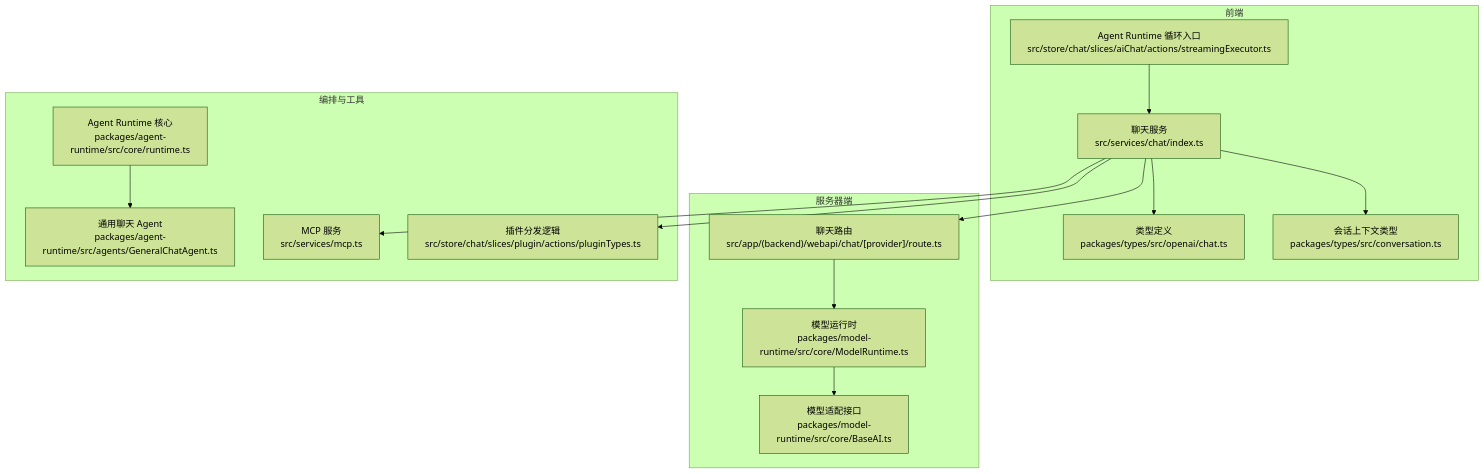
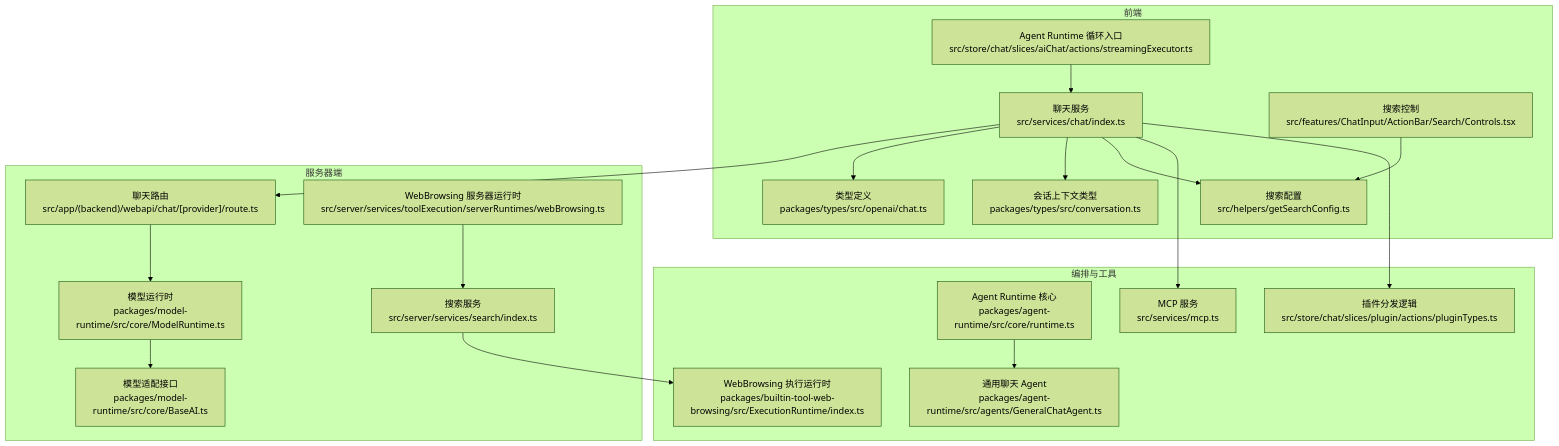
The first of 10 diagrams in .qoder/repowiki/zh/content/API 接口文档/REST API 设计/聊天 API.md (AvatoLabs/avato), drawn with Mermaid (forest theme) before and after one commit. The commit also changed other lines of this file and 158 other files, not shown here.

````diff
--- a/.qoder/repowiki/zh/content/API 接口文档/REST API 设计/聊天 API.md
+++ b/.qoder/repowiki/zh/content/API 接口文档/REST API 设计/聊天 API.md
@@ -54,29 +76,38 @@
 ```mermaid
 graph TB
 subgraph "前端"
 A["聊天服务<br/>src/services/chat/index.ts"]
 B["类型定义<br/>packages/types/src/openai/chat.ts"]
 C["会话上下文类型<br/>packages/types/src/conversation.ts"]
 D["Agent Runtime 循环入口<br/>src/store/chat/slices/aiChat/actions/streamingExecutor.ts"]
+E["搜索配置<br/>src/helpers/getSearchConfig.ts"]
+F["搜索控制<br/>src/features/ChatInput/ActionBar/Search/Controls.tsx"]
 end
 subgraph "服务器端"
-E["聊天路由<br/>src/app/(backend)/webapi/chat/[provider]/route.ts"]
-F["模型运行时<br/>packages/model-runtime/src/core/ModelRuntime.ts"]
-G["模型适配接口<br/>packages/model-runtime/src/core/BaseAI.ts"]
+G["聊天路由<br/>src/app/(backend)/webapi/chat/[provider]/route.ts"]
+H["模型运行时<br/>packages/model-runtime/src/core/ModelRuntime.ts"]
+I["模型适配接口<br/>packages/model-runtime/src/core/BaseAI.ts"]
+J["WebBrowsing 服务器运行时<br/>src/server/services/toolExecution/serverRuntimes/webBrowsing.ts"]
+K["搜索服务<br/>src/server/services/search/index.ts"]
 end
 subgraph "编排与工具"
-H["Agent Runtime 核心<br/>packages/agent-runtime/src/core/runtime.ts"]
-I["通用聊天 Agent<br/>packages/agent-runtime/src/agents/GeneralChatAgent.ts"]
-J["MCP 服务<br/>src/services/mcp.ts"]
-K["插件分发逻辑<br/>src/store/chat/slices/plugin/actions/pluginTypes.ts"]
+L["Agent Runtime 核心<br/>packages/agent-runtime/src/core/runtime.ts"]
+M["通用聊天 Agent<br/>packages/agent-runtime/src/agents/GeneralChatAgent.ts"]
+N["MCP 服务<br/>src/services/mcp.ts"]
+O["插件分发逻辑<br/>src/store/chat/slices/plugin/actions/pluginTypes.ts"]
+P["WebBrowsing 执行运行时<br/>packages/builtin-tool-web-browsing/src/ExecutionRuntime/index.ts"]
 end
-A --> E
+A --> G
 A --> B
 A --> C
+A --> E
 D --> A
-E --> F
-F --> G
+G --> H
 H --> I
-A --> J
-A --> K
+J --> K
+K --> P
+L --> M
+A --> N
+A --> O
+F --> E
 ```
````
